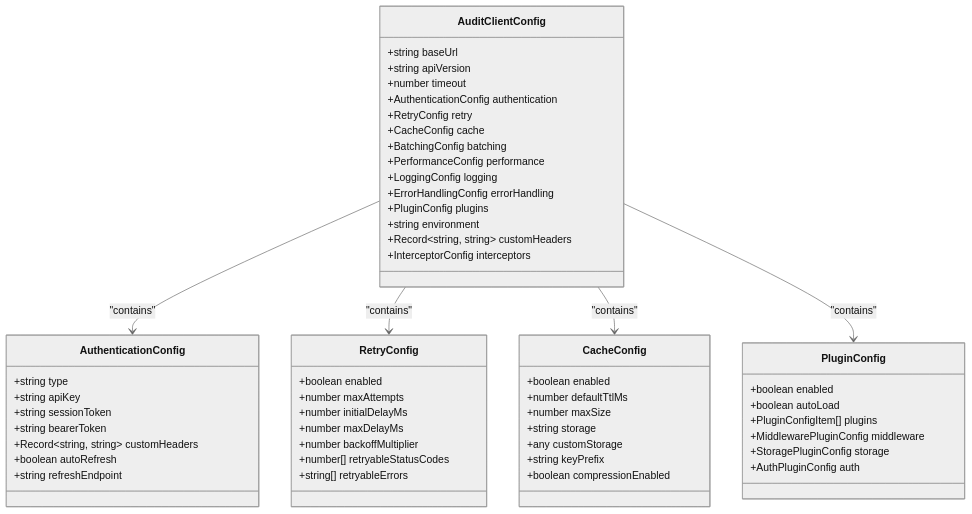
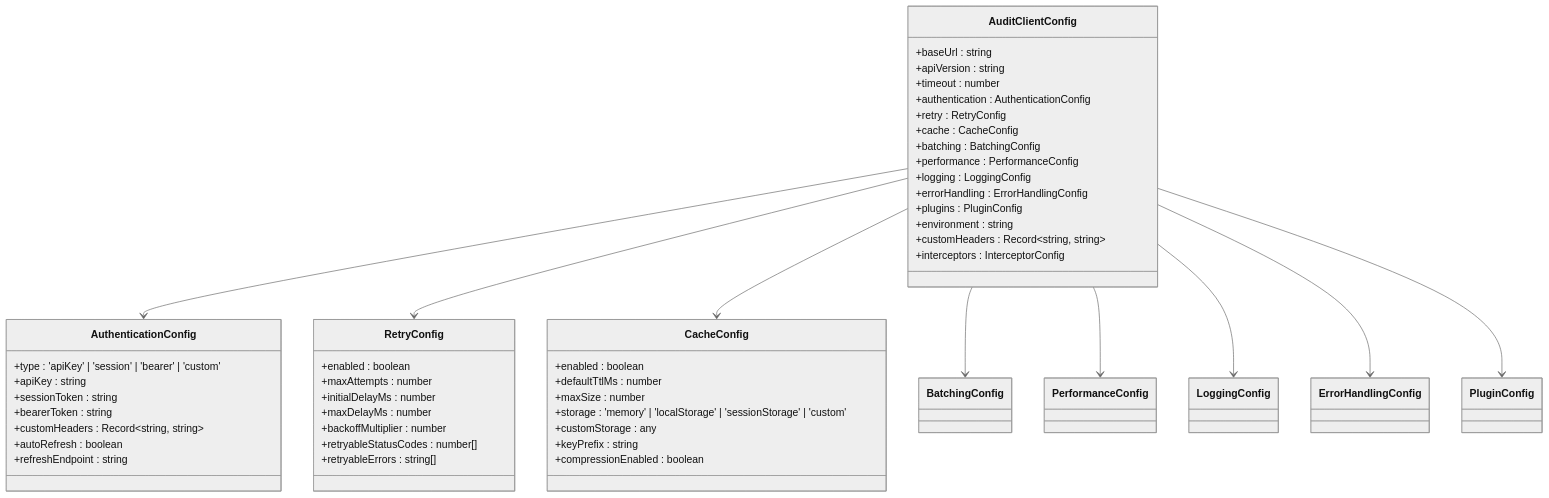
One commit to smedrec/smart-logs changed the third of 10 diagrams in .qoder/repowiki/en/content/Audit Client Library Specifications.md. Above: the diagram before and after it, drawn with Mermaid (neutral theme). The commit also changed other lines of this file and 7 other files, not shown here.

First line of the commit message:
docs(audit-client): update comprehensive documentation and architecture overview

````diff
--- a/.qoder/repowiki/en/content/Audit Client Library Specifications.md
+++ b/.qoder/repowiki/en/content/Audit Client Library Specifications.md
@@ -153,58 +201,54 @@
 ```mermaid
 classDiagram
 class AuditClientConfig {
-+string baseUrl
-+string apiVersion
-+number timeout
-+AuthenticationConfig authentication
-+RetryConfig retry
-+CacheConfig cache
-+BatchingConfig batching
-+PerformanceConfig performance
-+LoggingConfig logging
-+ErrorHandlingConfig errorHandling
-+PluginConfig plugins
-+string environment
-+Record~string, string~ customHeaders
-+InterceptorConfig interceptors
++baseUrl : string
++apiVersion : string
++timeout : number
++authentication : AuthenticationConfig
++retry : RetryConfig
++cache : CacheConfig
++batching : BatchingConfig
++performance : PerformanceConfig
++logging : LoggingConfig
++errorHandling : ErrorHandlingConfig
++plugins : PluginConfig
++environment : string
++customHeaders : Record~string, string~
++interceptors : InterceptorConfig
 }
 class AuthenticationConfig {
-+string type
-+string apiKey
-+string sessionToken
-+string bearerToken
-+Record~string, string~ customHeaders
-+boolean autoRefresh
-+string refreshEndpoint
++type : 'apiKey' | 'session' | 'bearer' | 'custom'
++apiKey : string
++sessionToken : string
++bearerToken : string
++customHeaders : Record~string, string~
++autoRefresh : boolean
++refreshEndpoint : string
 }
 class RetryConfig {
-+boolean enabled
-+number maxAttempts
-+number initialDelayMs
-+number maxDelayMs
-+number backoffMultiplier
-+number[] retryableStatusCodes
-+string[] retryableErrors
++enabled : boolean
++maxAttempts : number
++initialDelayMs : number
++maxDelayMs : number
++backoffMultiplier : number
++retryableStatusCodes : number[]
++retryableErrors : string[]
 }
 class CacheConfig {
-+boolean enabled
-+number defaultTtlMs
-+number maxSize
-+string storage
-+any customStorage
-+string keyPrefix
-+boolean compressionEnabled
++enabled : boolean
++defaultTtlMs : number
++maxSize : number
++storage : 'memory' | 'localStorage' | 'sessionStorage' | 'custom'
++customStorage : any
++keyPrefix : string
++compressionEnabled : boolean
 }
-class PluginConfig {
-+boolean enabled
-+boolean autoLoad
-+PluginConfigItem[] plugins
-+MiddlewarePluginConfig middleware
-+StoragePluginConfig storage
-+AuthPluginConfig auth
-}
-AuditClientConfig --> AuthenticationConfig : "contains"
-AuditClientConfig --> RetryConfig : "contains"
-AuditClientConfig --> CacheConfig : "contains"
-AuditClientConfig --> PluginConfig : "contains"
+AuditClientConfig --> AuthenticationConfig
+AuditClientConfig --> RetryConfig
+AuditClientConfig --> CacheConfig
+AuditClientConfig --> BatchingConfig
+AuditClientConfig --> PerformanceConfig
+AuditClientConfig --> LoggingConfig
+AuditClientConfig --> ErrorHandlingConfig
+AuditClientConfig --> PluginConfig
 ```
````
